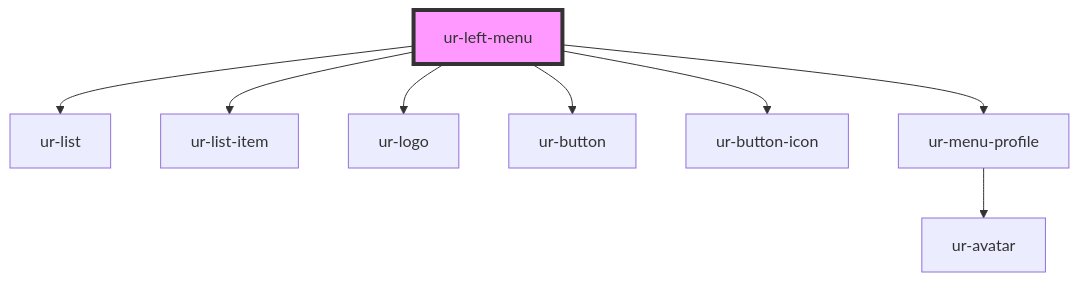
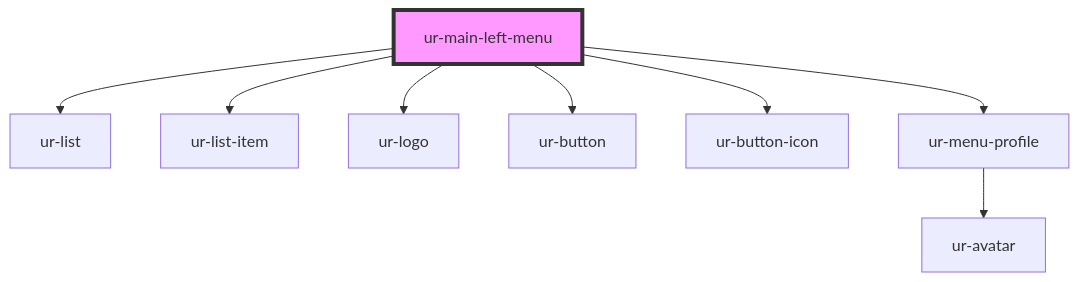
One commit to hellish/urnovl-web-components changed the diagram in src/components/ur-main-left-menu/readme.md. Above: the diagram before and after it, drawn with Mermaid. The commit also changed 86 other files, not shown here.

````diff
--- a/src/components/ur-main-left-menu/readme.md
+++ b/src/components/ur-main-left-menu/readme.md
@@ -37,11 +37,11 @@
 ```mermaid
 graph TD;
-  ur-left-menu --> ur-list
-  ur-left-menu --> ur-list-item
-  ur-left-menu --> ur-logo
-  ur-left-menu --> ur-button
-  ur-left-menu --> ur-button-icon
-  ur-left-menu --> ur-menu-profile
+  ur-main-left-menu --> ur-list
+  ur-main-left-menu --> ur-list-item
+  ur-main-left-menu --> ur-logo
+  ur-main-left-menu --> ur-button
+  ur-main-left-menu --> ur-button-icon
+  ur-main-left-menu --> ur-menu-profile
   ur-menu-profile --> ur-avatar
-  style ur-left-menu fill:#f9f,stroke:#333,stroke-width:4px
+  style ur-main-left-menu fill:#f9f,stroke:#333,stroke-width:4px
 ```
````
